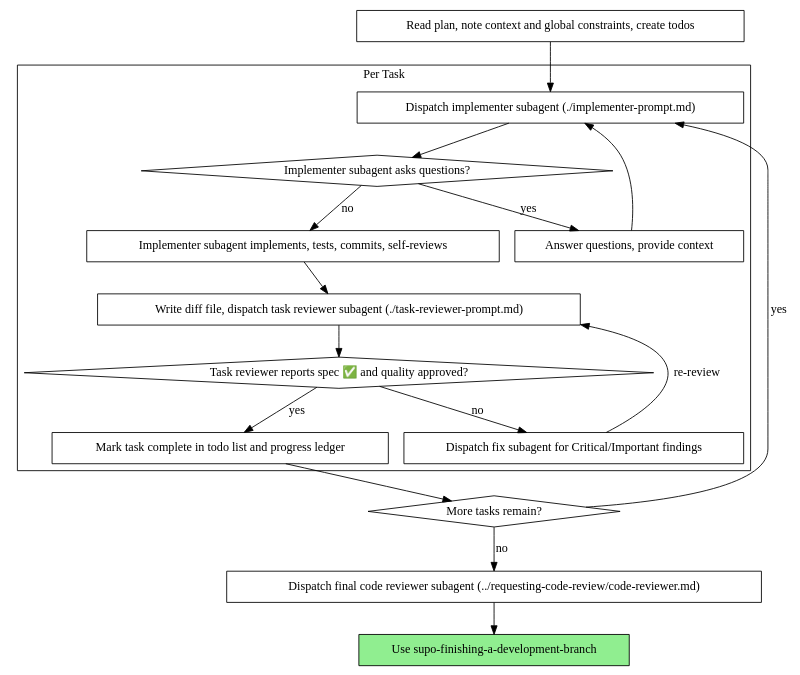
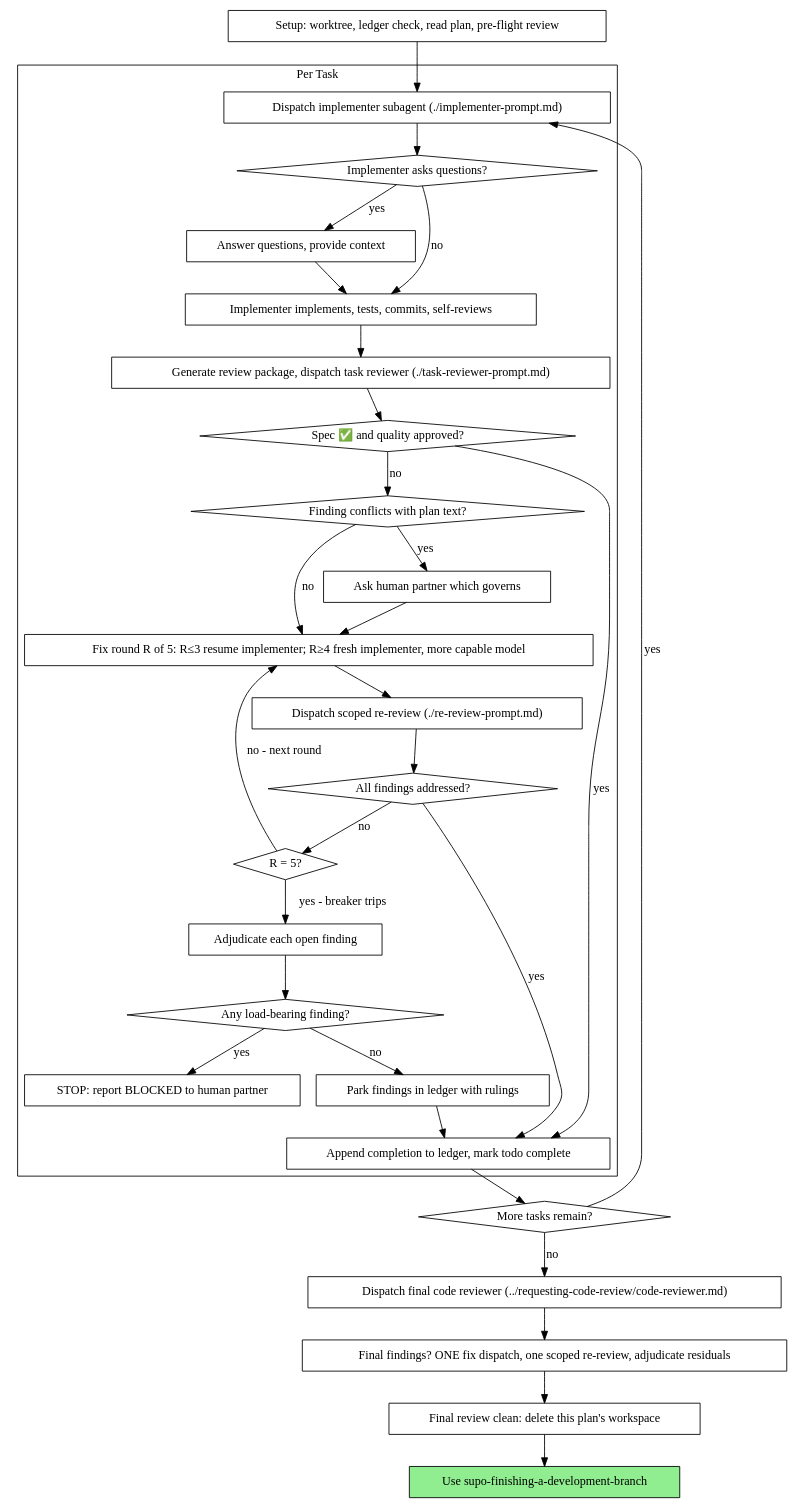
One commit to yandy/pi-packages changed the second of 2 diagrams in pi-superpowers/skills/supo-subagent-driven-development/SKILL.md. Above: the diagram before and after it, drawn with Graphviz. The commit also changed other lines of this file and 24 other files, not shown here.

````diff
--- a/pi-superpowers/skills/supo-subagent-driven-development/SKILL.md
+++ b/pi-superpowers/skills/supo-subagent-driven-development/SKILL.md
@@ -47,37 +47,62 @@
 ```dot
 digraph process {
     rankdir=TB;
 
     subgraph cluster_per_task {
         label="Per Task";
         "Dispatch implementer subagent (./implementer-prompt.md)" [shape=box];
-        "Implementer subagent asks questions?" [shape=diamond];
+        "Implementer asks questions?" [shape=diamond];
         "Answer questions, provide context" [shape=box];
-        "Implementer subagent implements, tests, commits, self-reviews" [shape=box];
-        "Write diff file, dispatch task reviewer subagent (./task-reviewer-prompt.md)" [shape=box];
-        "Task reviewer reports spec ✅ and quality approved?" [shape=diamond];
-        "Dispatch fix subagent for Critical/Important findings" [shape=box];
-        "Mark task complete in todo list and progress ledger" [shape=box];
+        "Implementer implements, tests, commits, self-reviews" [shape=box];
+        "Generate review package, dispatch task reviewer (./task-reviewer-prompt.md)" [shape=box];
+        "Spec ✅ and quality approved?" [shape=diamond];
+        "Finding conflicts with plan text?" [shape=diamond];
+        "Ask human partner which governs" [shape=box];
+        "Fix round R of 5: R≤3 resume implementer; R≥4 fresh implementer, more capable model" [shape=box];
+        "Dispatch scoped re-review (./re-review-prompt.md)" [shape=box];
+        "All findings addressed?" [shape=diamond];
+        "R = 5?" [shape=diamond];
+        "Adjudicate each open finding" [shape=box];
+        "Any load-bearing finding?" [shape=diamond];
+        "STOP: report BLOCKED to human partner" [shape=box];
+        "Park findings in ledger with rulings" [shape=box];
+        "Append completion to ledger, mark todo complete" [shape=box];
     }
 
-    "Read plan, note context and global constraints, create todos" [shape=box];
+    "Setup: worktree, ledger check, read plan, pre-flight review" [shape=box];
     "More tasks remain?" [shape=diamond];
-    "Dispatch final code reviewer subagent (../requesting-code-review/code-reviewer.md)" [shape=box];
+    "Dispatch final code reviewer (../requesting-code-review/code-reviewer.md)" [shape=box];
+    "Final findings? ONE fix dispatch, one scoped re-review, adjudicate residuals" [shape=box];
+    "Final review clean: delete this plan's workspace" [shape=box];
     "Use supo-finishing-a-development-branch" [shape=box style=filled fillcolor=lightgreen];
 
-    "Read plan, note context and global constraints, create todos" -> "Dispatch implementer subagent (./implementer-prompt.md)";
-    "Dispatch implementer subagent (./implementer-prompt.md)" -> "Implementer subagent asks questions?";
-    "Implementer subagent asks questions?" -> "Answer questions, provide context" [label="yes"];
-    "Answer questions, provide context" -> "Dispatch implementer subagent (./implementer-prompt.md)";
-    "Implementer subagent asks questions?" -> "Implementer subagent implements, tests, commits, self-reviews" [label="no"];
-    "Implementer subagent implements, tests, commits, self-reviews" -> "Write diff file, dispatch task reviewer subagent (./task-reviewer-prompt.md)";
-    "Write diff file, dispatch task reviewer subagent (./task-reviewer-prompt.md)" -> "Task reviewer reports spec ✅ and quality approved?";
-    "Task reviewer reports spec ✅ and quality approved?" -> "Dispatch fix subagent for Critical/Important findings" [label="no"];
-    "Dispatch fix subagent for Critical/Important findings" -> "Write diff file, dispatch task reviewer subagent (./task-reviewer-prompt.md)" [label="re-review"];
-    "Task reviewer reports spec ✅ and quality approved?" -> "Mark task complete in todo list and progress ledger" [label="yes"];
-    "Mark task complete in todo list and progress ledger" -> "More tasks remain?";
+    "Setup: worktree, ledger check, read plan, pre-flight review" -> "Dispatch implementer subagent (./implementer-prompt.md)";
+    "Dispatch implementer subagent (./implementer-prompt.md)" -> "Implementer asks questions?";
+    "Implementer asks questions?" -> "Answer questions, provide context" [label="yes"];
+    "Answer questions, provide context" -> "Implementer implements, tests, commits, self-reviews";
+    "Implementer asks questions?" -> "Implementer implements, tests, commits, self-reviews" [label="no"];
+    "Implementer implements, tests, commits, self-reviews" -> "Generate review package, dispatch task reviewer (./task-reviewer-prompt.md)";
+    "Generate review package, dispatch task reviewer (./task-reviewer-prompt.md)" -> "Spec ✅ and quality approved?";
+    "Spec ✅ and quality approved?" -> "Append completion to ledger, mark todo complete" [label="yes"];
+    "Spec ✅ and quality approved?" -> "Finding conflicts with plan text?" [label="no"];
+    "Finding conflicts with plan text?" -> "Ask human partner which governs" [label="yes"];
+    "Ask human partner which governs" -> "Fix round R of 5: R≤3 resume implementer; R≥4 fresh implementer, more capable model";
+    "Finding conflicts with plan text?" -> "Fix round R of 5: R≤3 resume implementer; R≥4 fresh implementer, more capable model" [label="no"];
+    "Fix round R of 5: R≤3 resume implementer; R≥4 fresh implementer, more capable model" -> "Dispatch scoped re-review (./re-review-prompt.md)";
+    "Dispatch scoped re-review (./re-review-prompt.md)" -> "All findings addressed?";
+    "All findings addressed?" -> "Append completion to ledger, mark todo complete" [label="yes"];
+    "All findings addressed?" -> "R = 5?" [label="no"];
+    "R = 5?" -> "Fix round R of 5: R≤3 resume implementer; R≥4 fresh implementer, more capable model" [label="no - next round"];
+    "R = 5?" -> "Adjudicate each open finding" [label="yes - breaker trips"];
+    "Adjudicate each open finding" -> "Any load-bearing finding?";
+    "Any load-bearing finding?" -> "STOP: report BLOCKED to human partner" [label="yes"];
+    "Any load-bearing finding?" -> "Park findings in ledger with rulings" [label="no"];
+    "Park findings in ledger with rulings" -> "Append completion to ledger, mark todo complete";
+    "Append completion to ledger, mark todo complete" -> "More tasks remain?";
     "More tasks remain?" -> "Dispatch implementer subagent (./implementer-prompt.md)" [label="yes"];
-    "More tasks remain?" -> "Dispatch final code reviewer subagent (../requesting-code-review/code-reviewer.md)" [label="no"];
-    "Dispatch final code reviewer subagent (../requesting-code-review/code-reviewer.md)" -> "Use supo-finishing-a-development-branch";
+    "More tasks remain?" -> "Dispatch final code reviewer (../requesting-code-review/code-reviewer.md)" [label="no"];
+    "Dispatch final code reviewer (../requesting-code-review/code-reviewer.md)" -> "Final findings? ONE fix dispatch, one scoped re-review, adjudicate residuals";
+    "Final findings? ONE fix dispatch, one scoped re-review, adjudicate residuals" -> "Final review clean: delete this plan's workspace";
+    "Final review clean: delete this plan's workspace" -> "Use supo-finishing-a-development-branch";
 }
 ```
````
